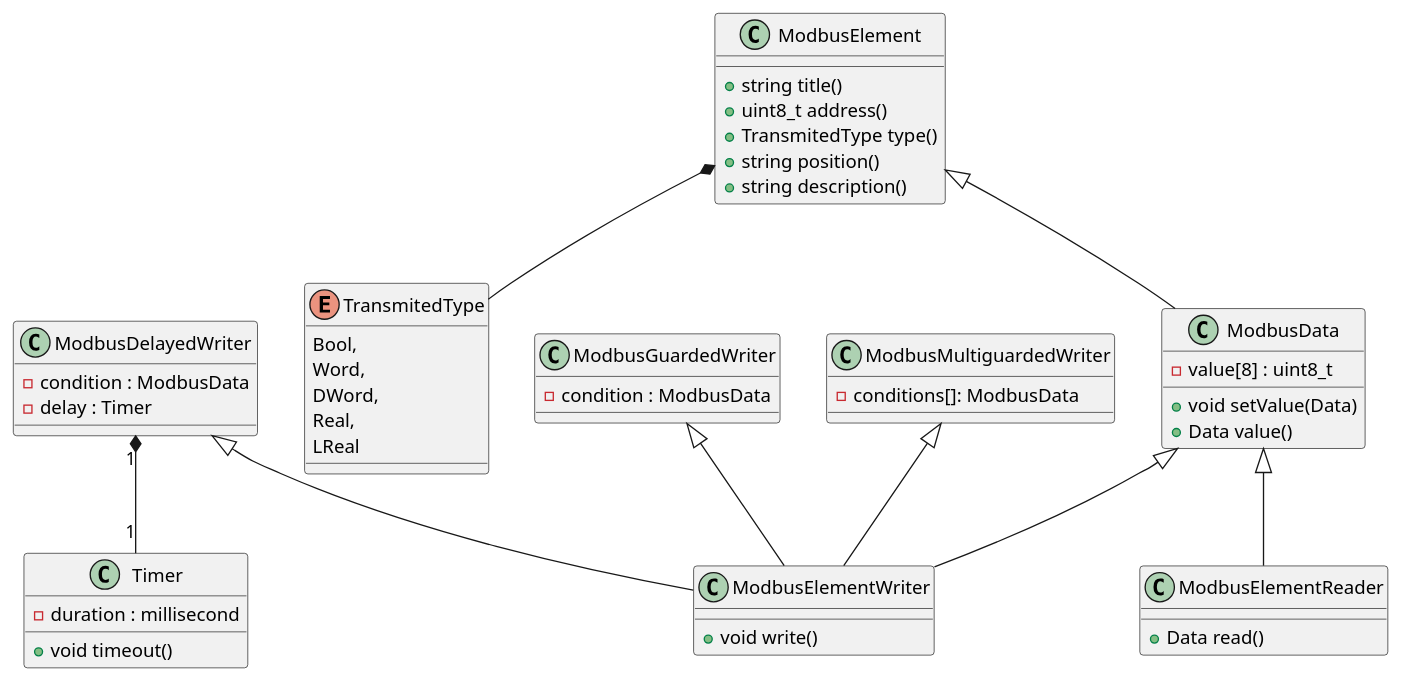
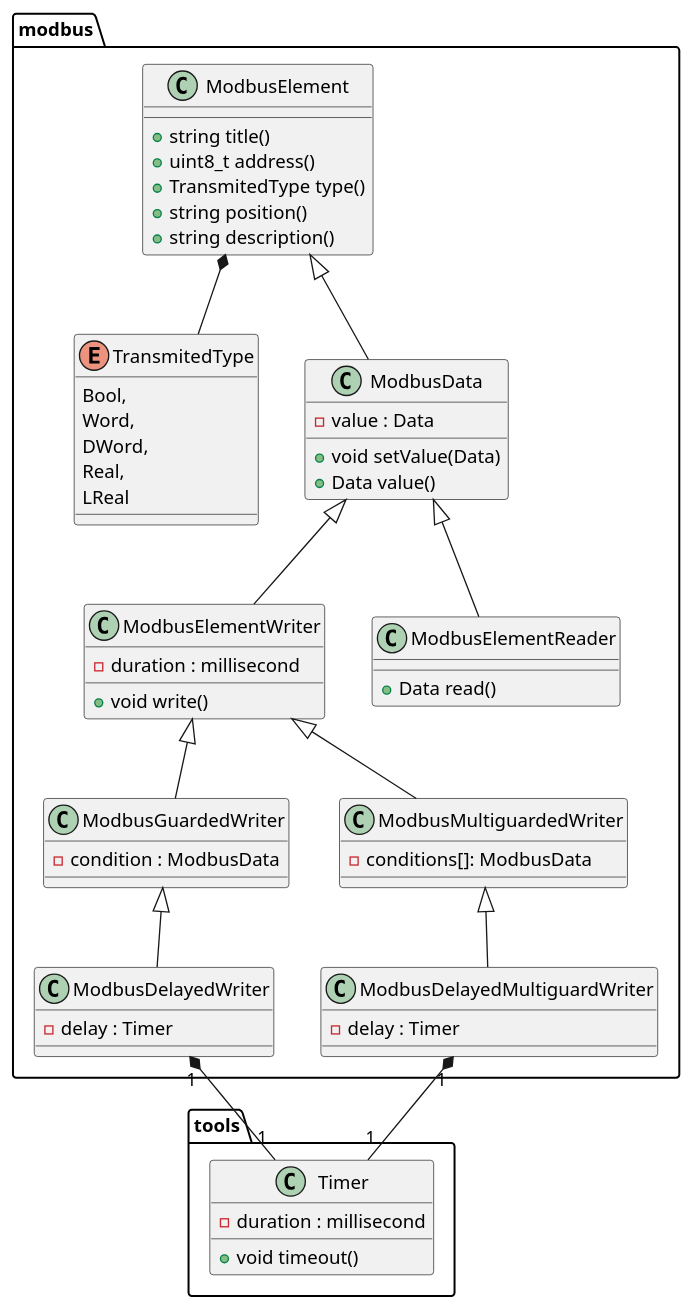
Before and after one commit to UlrichVonRekkenin/PhdLaTeX: the diagram in Dissertation/listings/uml/modbus_class_relationship.puml, drawn with PlantUML.

Commit message:
Пофиксил отношения классов
Наследование было инвертировано ;)

```diff
--- a/Dissertation/listings/uml/modbus_class_relationship.puml
+++ b/Dissertation/listings/uml/modbus_class_relationship.puml
@@ -1,62 +1,75 @@
 @startuml
 
-class Timer {
-    - duration : millisecond
-    +void timeout()
-}
-
-enum TransmitedType {
-    Bool,
-    Word,
-    DWord,
-    Real,
-    LReal
-}
-
-class ModbusElement {
-    + string title()
-    + uint8_t address()
-    + TransmitedType type()
-    + string position()
-    + string description()
-}
-
-class ModbusData {
-    - value[8] : uint8_t
-    + void setValue(Data)
-    + Data value()
-}
-
-class ModbusElementWriter {
-    + void write()
-}
-
-class ModbusElementReader {
-    + Data read()
-}
-
-class ModbusGuardedWriter {
-    - condition : ModbusData
-}
-
-class ModbusMultiguardedWriter {
-    - conditions[]: ModbusData
-}
-
-class ModbusDelayedWriter {
-    - condition : ModbusData
-    - delay : Timer
+namespace tools {
+    class Timer {
+        - duration : millisecond
+        +void timeout()
+    }
 }
 
 
-ModbusElement *-- TransmitedType
-ModbusElement <|-- ModbusData
-ModbusData <|-- ModbusElementWriter
-ModbusData <|-- ModbusElementReader
-ModbusGuardedWriter <|-- ModbusElementWriter
-ModbusDelayedWriter <|-- ModbusElementWriter
-ModbusDelayedWriter "1" *-- "1" Timer
-ModbusMultiguardedWriter <|-- ModbusElementWriter
 
+namespace modbus {
+    enum TransmitedType {
+        Bool,
+        Word,
+        DWord,
+        Real,
+        LReal
+    }
+
+    class ModbusElement {
+        + string title()
+        + uint8_t address()
+        + TransmitedType type()
+        + string position()
+        + string description()
+    }
+
+    class ModbusData {
+        - value : Data
+        + void setValue(Data)
+        + Data value()
+    }
+
+    class ModbusElementWriter {
+        - duration : millisecond
+        + void write()
+    }
+
+    class ModbusElementReader {
+        + Data read()
+    }
+
+    class ModbusGuardedWriter {
+        - condition : ModbusData
+    }
+
+    class ModbusMultiguardedWriter {
+        - conditions[]: ModbusData
+    }
+
+    class ModbusDelayedWriter {
+        - delay : Timer
+    }
+
+    class ModbusDelayedMultiguardWriter {
+        - delay : Timer
+    }
+
+    ModbusElement *-- TransmitedType
+    ModbusElement <|-- ModbusData
+    ' 
+    ModbusData <|-- ModbusElementWriter 
+    ModbusData <|-- ModbusElementReader 
+    ' 
+    ModbusElementWriter <|-- ModbusGuardedWriter
+    ModbusGuardedWriter <|-- ModbusDelayedWriter
+    ModbusDelayedWriter "1" *-- "1" tools.Timer
+    ' 
+    ModbusElementWriter <|-- ModbusMultiguardedWriter 
+    ModbusMultiguardedWriter <|-- ModbusDelayedMultiguardWriter
+    ModbusDelayedMultiguardWriter "1" *-- "1" tools.Timer
+}
 
 @enduml
```
